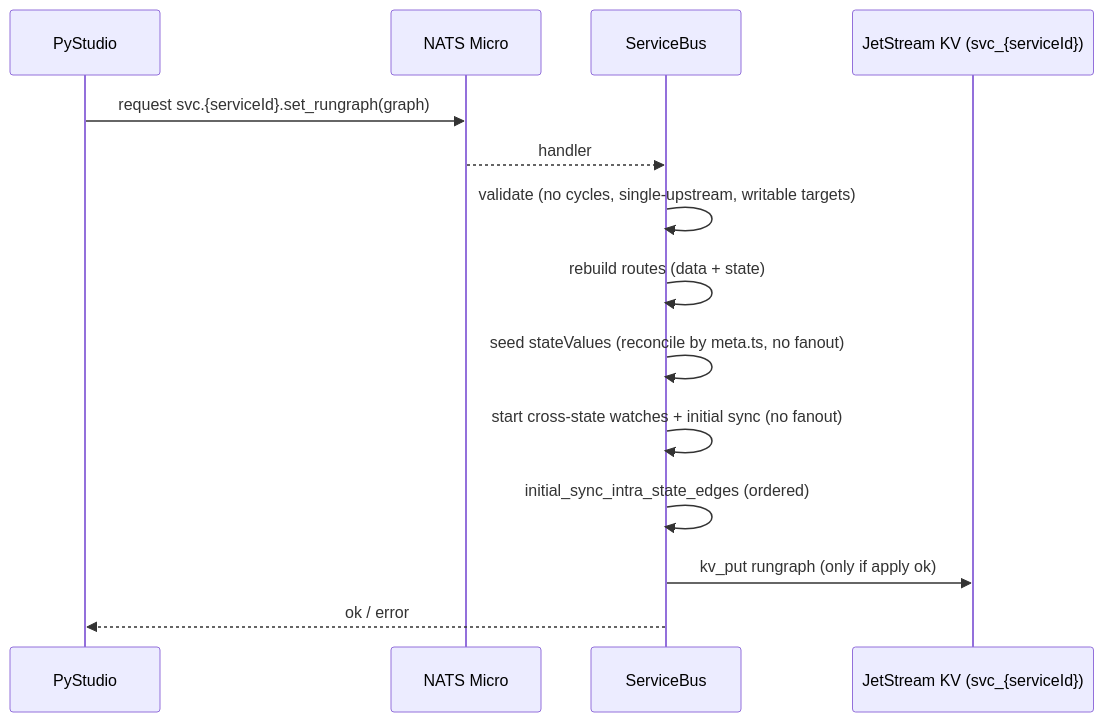
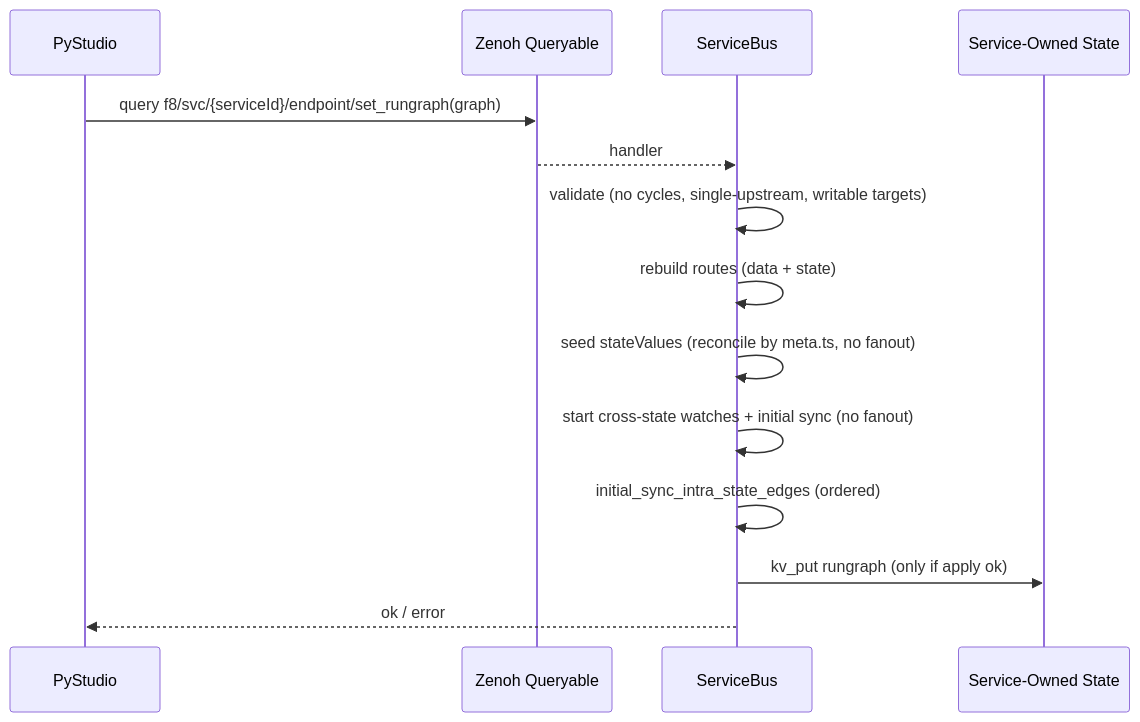
Before and after one commit to FrogThe2nd/f8studio: the sixth of 7 diagrams in docs/deepdives/comm_bus.md, drawn with Mermaid. The commit also changed other lines of this file and 11 other files, not shown here.

````diff
--- a/docs/deepdives/comm_bus.md
+++ b/docs/deepdives/comm_bus.md
@@ -295,17 +297,17 @@
 ``` mermaid
 sequenceDiagram
   participant Studio as PyStudio
-  participant N as NATS Micro
+  participant Z as Zenoh Queryable
   participant Bus as ServiceBus
-  participant KV as JetStream KV (svc_{serviceId})
+  participant State as Service-Owned State
 
-  Studio->>N: request svc.{serviceId}.set_rungraph(graph)
-  N-->>Bus: handler
+  Studio->>Z: query f8/svc/{serviceId}/endpoint/set_rungraph(graph)
+  Z-->>Bus: handler
   Bus->>Bus: validate (no cycles, single-upstream, writable targets)
   Bus->>Bus: rebuild routes (data + state)
   Bus->>Bus: seed stateValues (reconcile by meta.ts, no fanout)
   Bus->>Bus: start cross-state watches + initial sync (no fanout)
   Bus->>Bus: initial_sync_intra_state_edges (ordered)
-  Bus->>KV: kv_put rungraph (only if apply ok)
+  Bus->>State: kv_put rungraph (only if apply ok)
   Bus-->>Studio: ok / error
 ```
````
